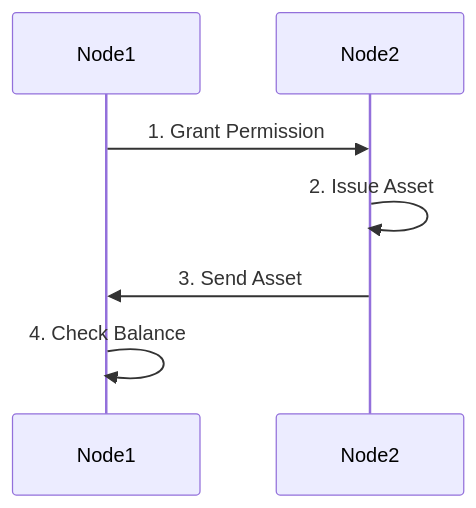
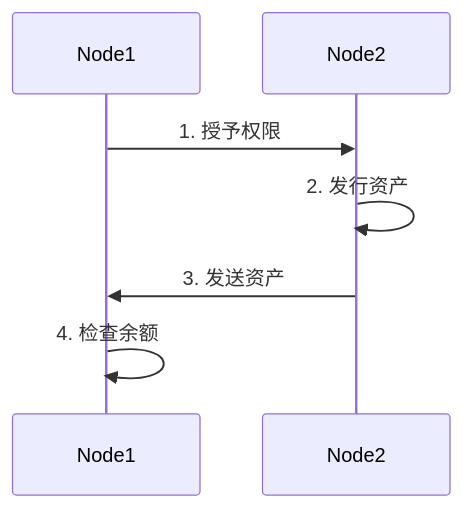
The first of 2 diagrams in day-6/18-multichain/e-multichain-assets/README.md (RoyLai-InfoCorp/fin556), drawn with Mermaid before and after one commit. The commit also changed other lines of this file and 23 other files, not shown here.

````diff
--- a/day-6/18-multichain/e-multichain-assets/README.md
+++ b/day-6/18-multichain/e-multichain-assets/README.md
@@ -9,11 +9,11 @@
 ```mermaid
 sequenceDiagram
   participant Node1 as Node1
   participant Node2 as Node2
 
-  Node1->>Node2: 1. Grant Permission
-  Node2->>Node2: 2. Issue Asset
-  Node2->>Node1: 3. Send Asset
-  Node1->>Node1: 4. Check Balance
+  Node1->>Node2: 1. 授予权限
+  Node2->>Node2: 2. 发行资产
+  Node2->>Node1: 3. 发送资产
+  Node1->>Node1: 4. 检查余额
 
 ```
````
